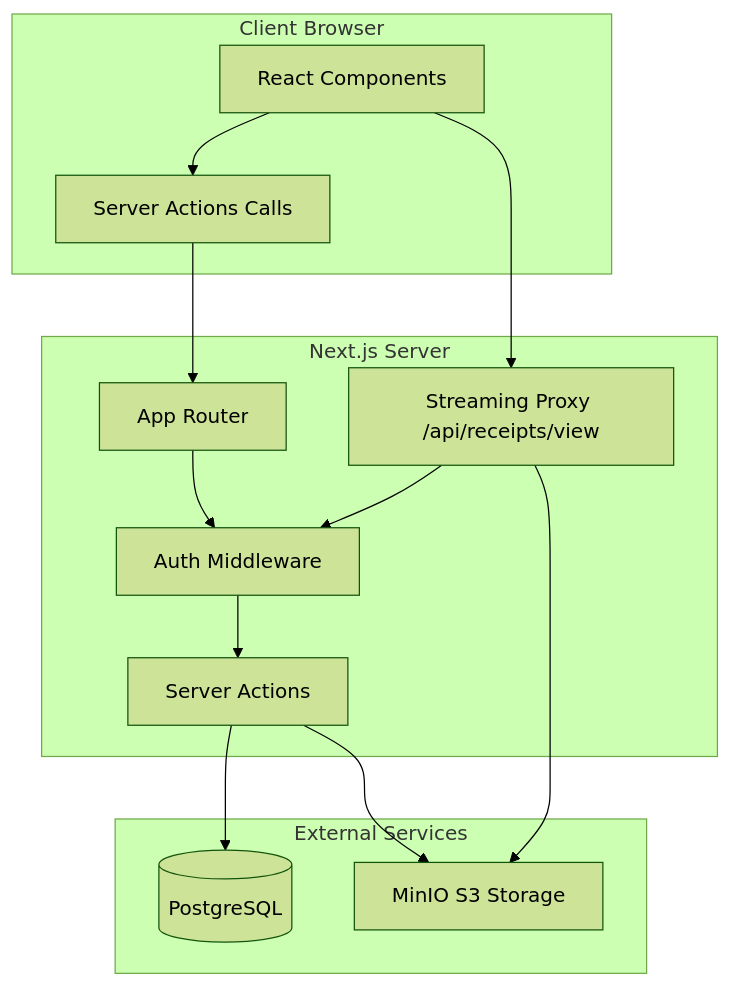
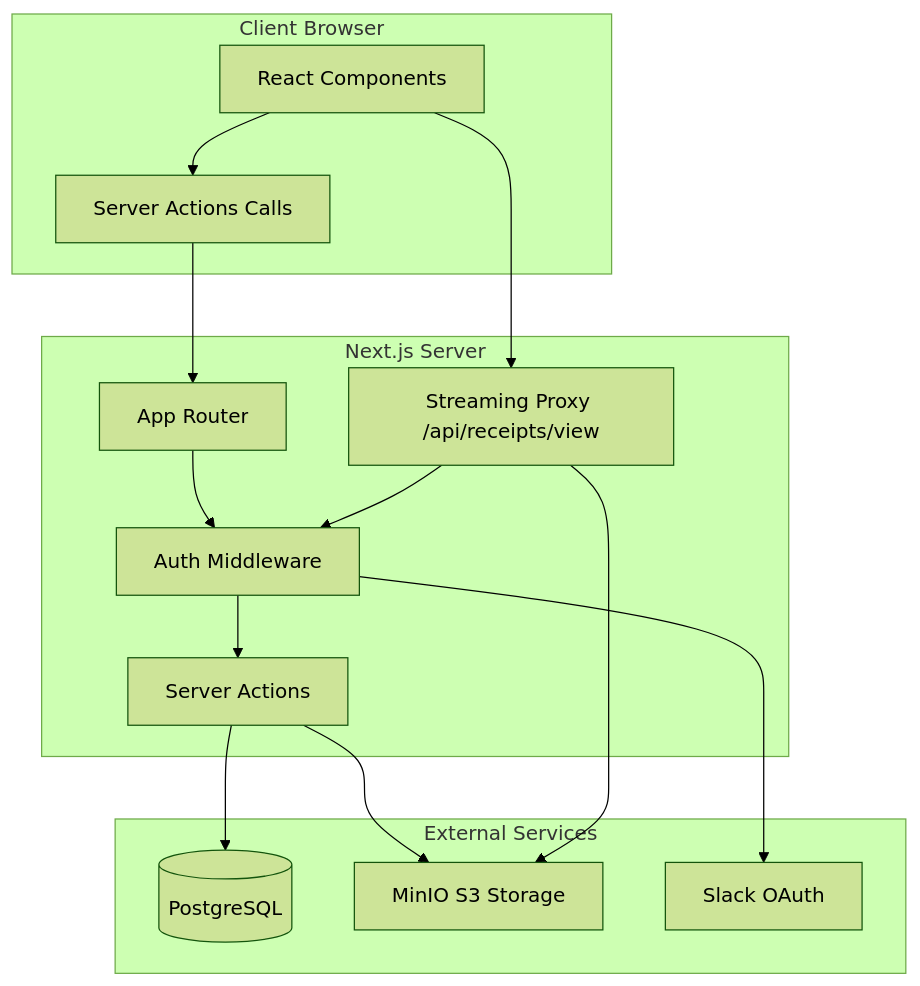
One commit to fandap42/uctenky-app changed the second of 8 diagrams in docs/TECHNICAL_DOCUMENTATION.md. Above: the diagram before and after it, drawn with Mermaid (forest theme). The commit also changed other lines of this file and 3 other files, not shown here.

````diff
--- a/docs/TECHNICAL_DOCUMENTATION.md
+++ b/docs/TECHNICAL_DOCUMENTATION.md
@@ -91,29 +96,31 @@
 ```mermaid
 flowchart TB
     subgraph Client["Client Browser"]
         UI[React Components]
         SA[Server Actions Calls]
     end
     
     subgraph Server["Next.js Server"]
         APP[App Router]
         ACTIONS[Server Actions]
         AUTH[Auth Middleware]
         STREAM[Streaming Proxy /api/receipts/view]
     end
     
     subgraph External["External Services"]
         DB[(PostgreSQL)]
         STORAGE[MinIO S3 Storage]
+        SLACK[Slack OAuth]
     end
     
     UI --> SA
     SA --> APP
     APP --> AUTH
     AUTH --> ACTIONS
     ACTIONS --> DB
     ACTIONS --> STORAGE
     UI --> STREAM
     STREAM --> AUTH
     STREAM --> STORAGE
+    AUTH --> SLACK
 ```
````
